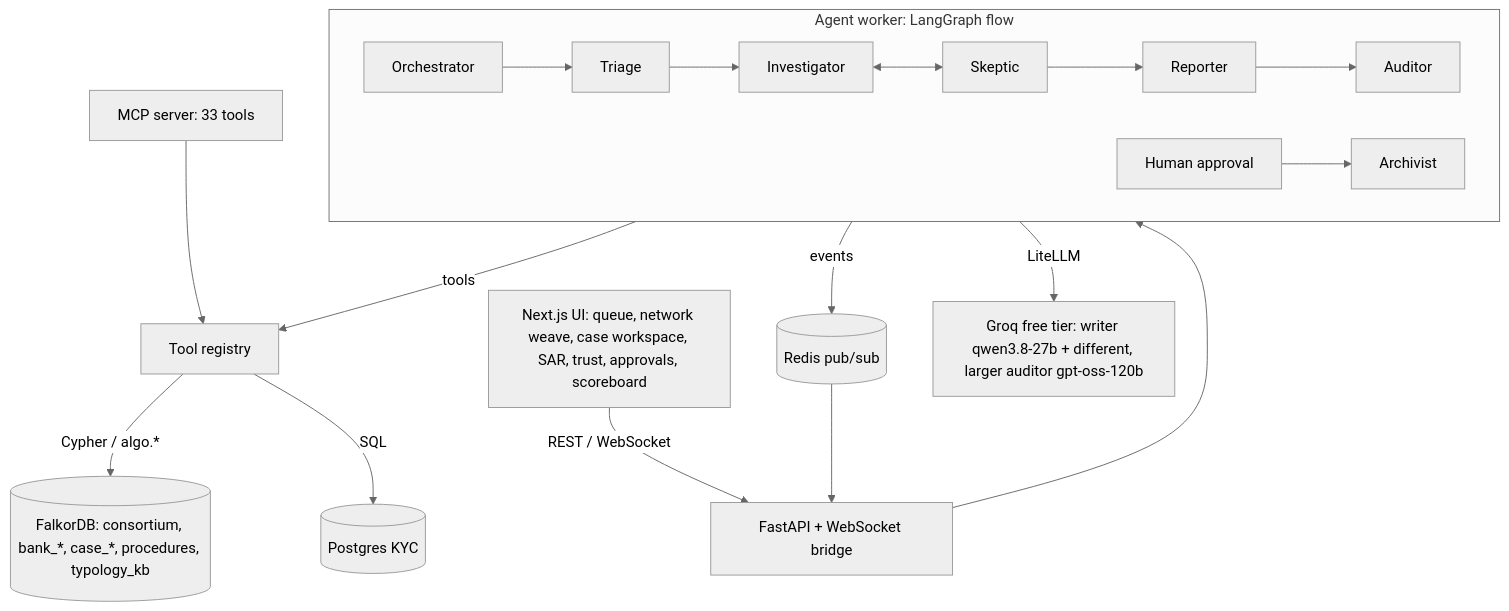
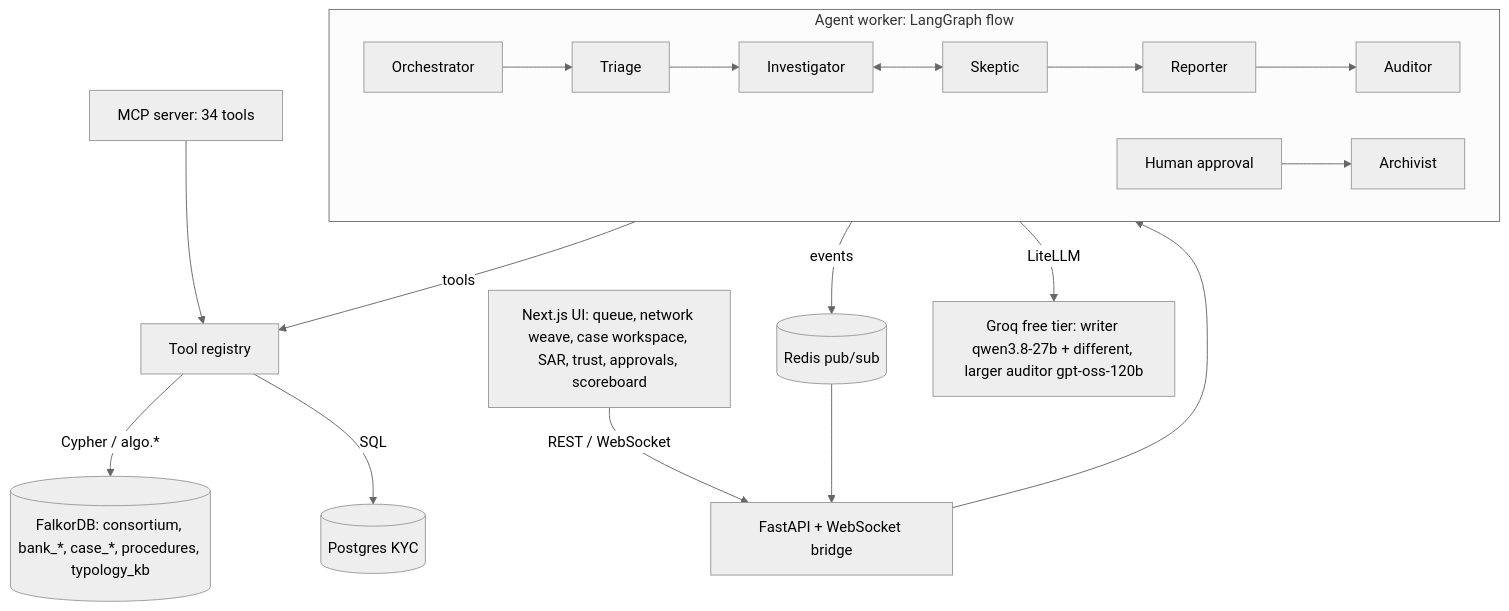
One commit to LSUDOKO/BankWeave changed the diagram in README.md. Above: the diagram before and after it, drawn with Mermaid (neutral theme). The commit also changed other lines of this file, not shown here.

````diff
--- a/README.md
+++ b/README.md
@@ -118,15 +173,15 @@
 ```mermaid
 flowchart TB
   UI[Next.js UI: queue, network weave, case workspace, SAR, trust, approvals, scoreboard] -- REST / WebSocket --> API
   API[FastAPI + WebSocket bridge] --> W
   subgraph W[Agent worker: LangGraph flow]
     O[Orchestrator] --> T[Triage] --> I[Investigator] <--> S[Skeptic] --> R[Reporter] --> A[Auditor]
     H[Human approval] --> AR[Archivist]
   end
   W -- tools --> TOOLS[Tool registry]
-  MCP[MCP server: 33 tools] --> TOOLS
+  MCP[MCP server: 34 tools] --> TOOLS
   TOOLS -- Cypher / algo.* --> F[(FalkorDB: consortium, bank_*, case_*, procedures, typology_kb)]
   TOOLS -- SQL --> PG[(Postgres KYC)]
   W -- events --> RD[(Redis pub/sub)] --> API
   W -- LiteLLM --> LLM[Groq free tier: writer qwen3.8-27b + different, larger auditor gpt-oss-120b]
 ```
````
